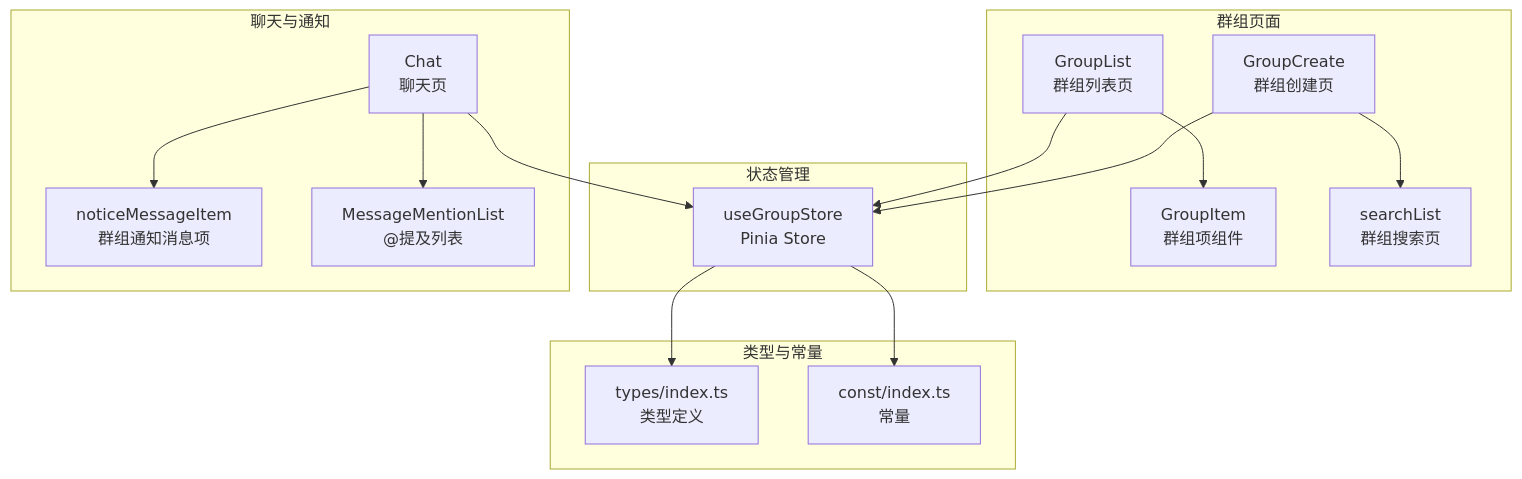
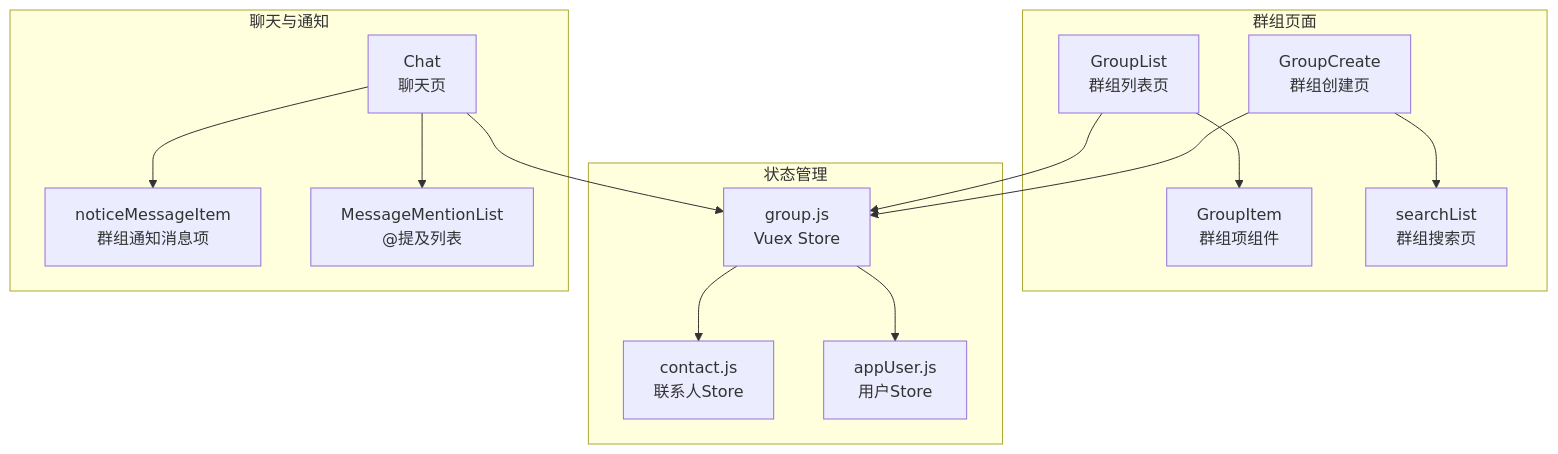
Before and after one commit to Easemob-Community/easemob-uikit-uniapp-community: the first of 9 diagrams in .qoder/repowiki/zh/content/群组模块/群组模块.md, drawn with Mermaid. The commit also changed other lines of this file and 14 other files, not shown here.

````diff
--- a/.qoder/repowiki/zh/content/群组模块/群组模块.md
+++ b/.qoder/repowiki/zh/content/群组模块/群组模块.md
@@ -46,30 +45,28 @@
 ```mermaid
 graph TB
 subgraph "群组页面"
 GL["GroupList<br/>群组列表页"]
 GI["GroupItem<br/>群组项组件"]
 GC["GroupCreate<br/>群组创建页"]
 GSL["searchList<br/>群组搜索页"]
 end
 subgraph "状态管理"
-GSTORE["useGroupStore<br/>Pinia Store"]
+GSTORE["group.js<br/>Vuex Store"]
+CSTORE["contact.js<br/>联系人Store"]
+ASTORE["appUser.js<br/>用户Store"]
 end
 subgraph "聊天与通知"
 CHAT["Chat<br/>聊天页"]
 NM["noticeMessageItem<br/>群组通知消息项"]
 MENTION["MessageMentionList<br/>@提及列表"]
-end
-subgraph "类型与常量"
-TYPES["types/index.ts<br/>类型定义"]
-CONST["const/index.ts<br/>常量"]
 end
 GL --> GI
 GC --> GSL
 GC --> GSTORE
 GL --> GSTORE
 CHAT --> GSTORE
 CHAT --> MENTION
 CHAT --> NM
-GSTORE --> TYPES
-GSTORE --> CONST
+GSTORE --> CSTORE
+GSTORE --> ASTORE
 ```
````
